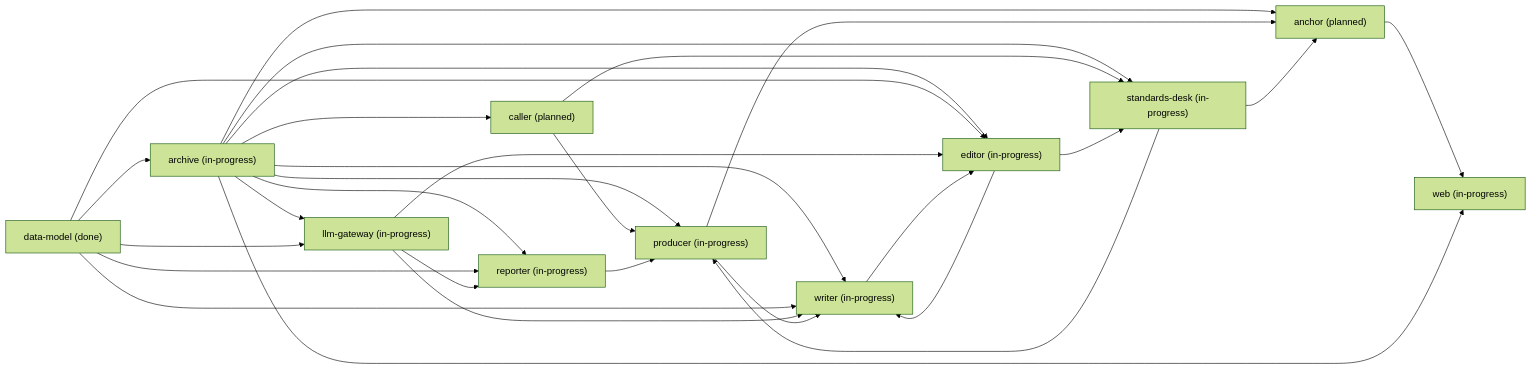
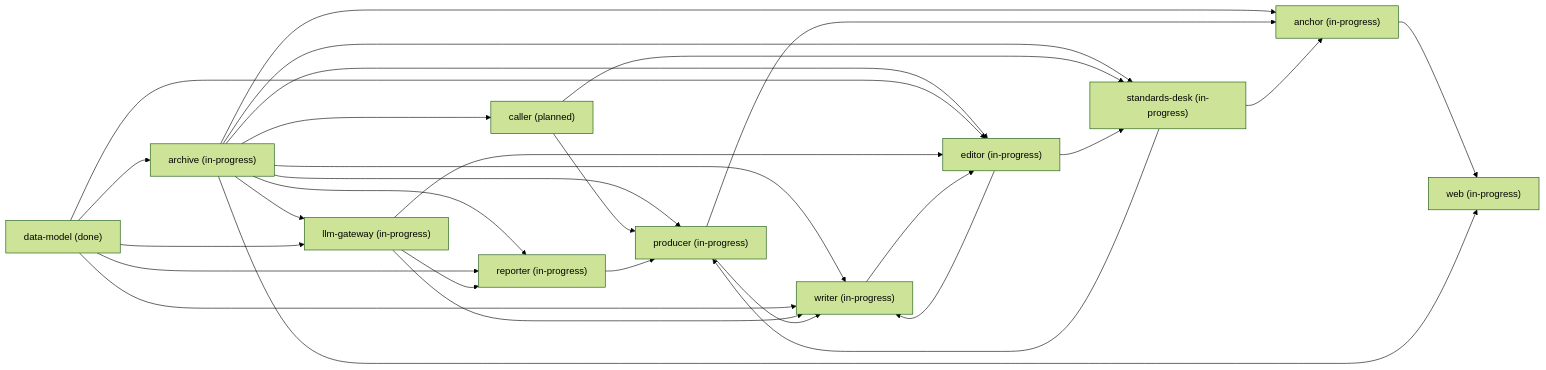
One commit to Yadnu/newsroom changed the diagram in context/GRAPH.md. Above: the diagram before and after it, drawn with Mermaid (forest theme). The commit also changed other lines of this file and 23 other files, not shown here.

````diff
--- a/context/GRAPH.md
+++ b/context/GRAPH.md
@@ -30,42 +30,42 @@
 ```mermaid
 flowchart LR
-  anchor["anchor (planned)"]
+  anchor["anchor (in-progress)"]
   archive["archive (in-progress)"]
   caller["caller (planned)"]
   data_model["data-model (done)"]
   editor["editor (in-progress)"]
   llm_gateway["llm-gateway (in-progress)"]
   producer["producer (in-progress)"]
   reporter["reporter (in-progress)"]
   standards_desk["standards-desk (in-progress)"]
   web["web (in-progress)"]
   writer["writer (in-progress)"]
   anchor --> web
   archive --> anchor
   archive --> caller
   archive --> editor
   archive --> llm_gateway
   archive --> producer
   archive --> reporter
   archive --> standards_desk
   archive --> web
   archive --> writer
   caller --> producer
   caller --> standards_desk
   data_model --> archive
   data_model --> editor
   data_model --> llm_gateway
   data_model --> reporter
   data_model --> writer
   editor --> standards_desk
   editor --> writer
   llm_gateway --> editor
   llm_gateway --> reporter
   llm_gateway --> writer
   producer --> anchor
   producer --> writer
   reporter --> producer
   standards_desk --> anchor
   standards_desk --> producer
   writer --> editor
 ```
````
